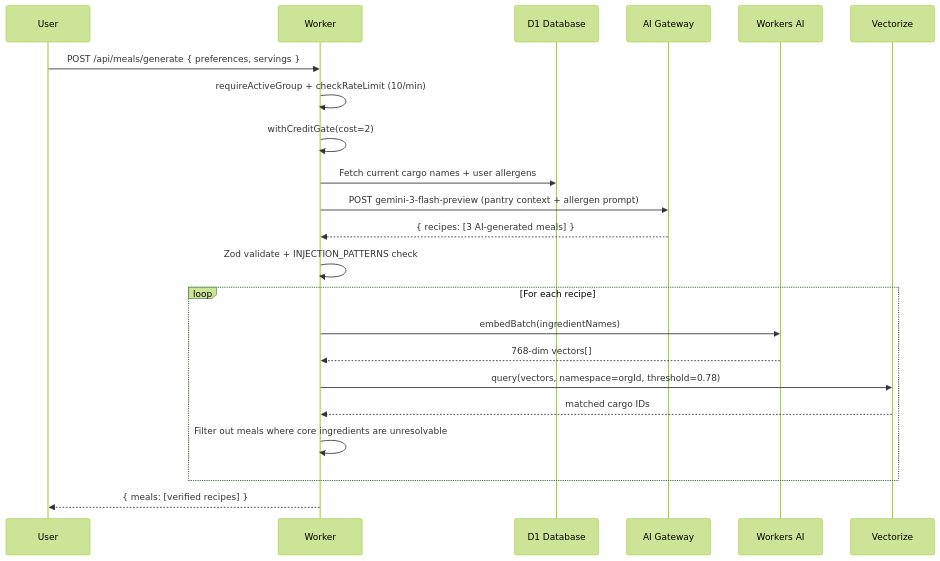
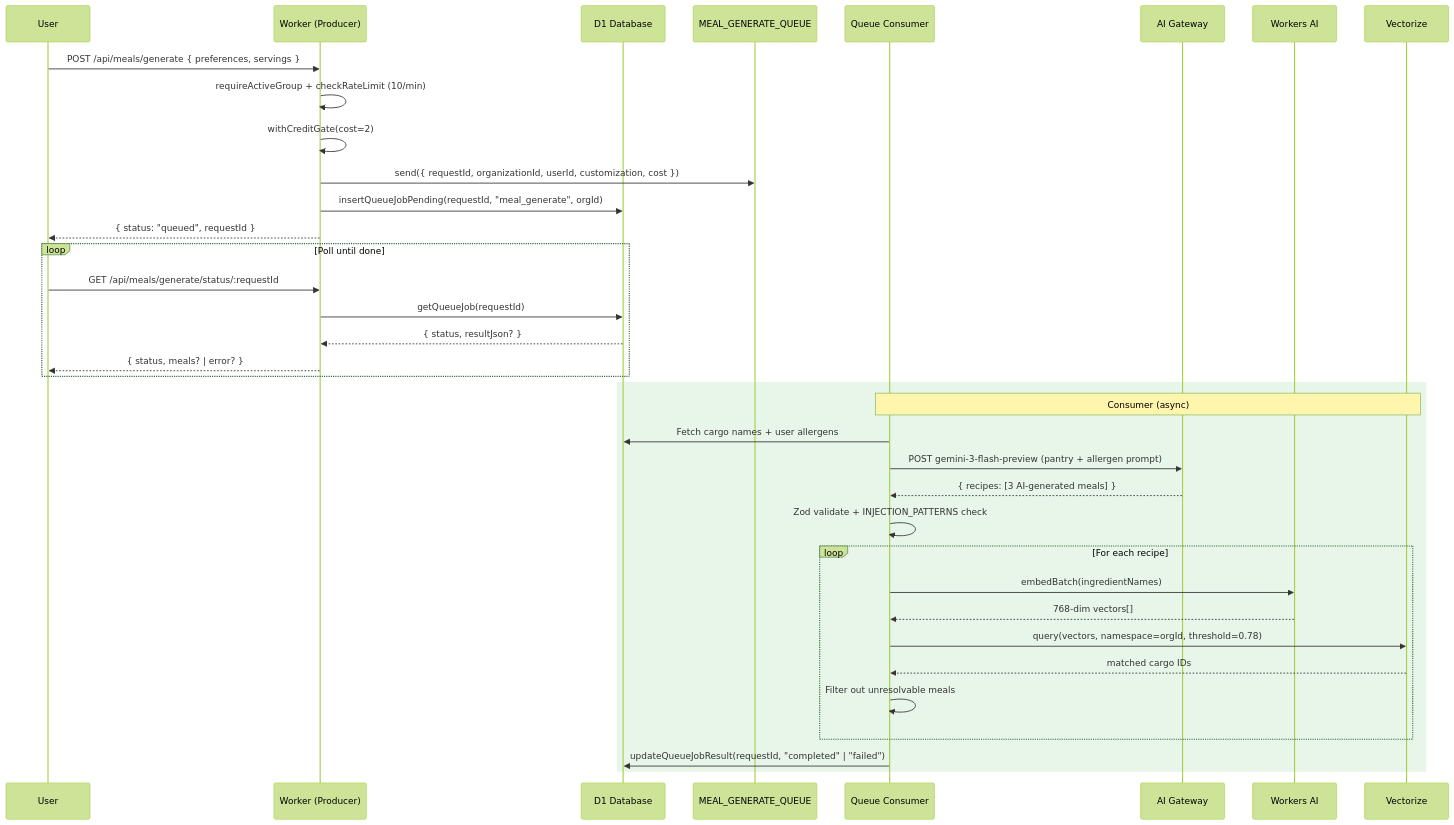
One commit to bjamesdowning/ration-mirror changed the sixth of 16 diagrams in README.md. Above: the diagram before and after it, drawn with Mermaid (forest theme). The commit also changed other lines of this file and 10 other files, not shown here.

````diff
--- a/README.md
+++ b/README.md
@@ -347,27 +351,41 @@
 ```mermaid
 sequenceDiagram
     participant User as User
-    participant Worker as Worker
+    participant Worker as Worker (Producer)
     participant D1 as D1 Database
+    participant Queue as MEAL_GENERATE_QUEUE
+    participant Consumer as Queue Consumer
     participant AIGateway as AI Gateway
     participant AI as Workers AI
     participant Vectorize as Vectorize
 
     User->>Worker: POST /api/meals/generate { preferences, servings }
     Worker->>Worker: requireActiveGroup + checkRateLimit (10/min)
     Worker->>Worker: withCreditGate(cost=2)
-    Worker->>D1: Fetch current cargo names + user allergens
-    Worker->>AIGateway: POST gemini-3-flash-preview (pantry context + allergen prompt)
-    AIGateway-->>Worker: { recipes: [3 AI-generated meals] }
-    Worker->>Worker: Zod validate + INJECTION_PATTERNS check
+    Worker->>Queue: send({ requestId, organizationId, userId, customization, cost })
+    Worker->>D1: insertQueueJobPending(requestId, "meal_generate", orgId)
+    Worker-->>User: { status: "queued", requestId }
 
-    loop For each recipe
-        Worker->>AI: embedBatch(ingredientNames)
-        AI-->>Worker: 768-dim vectors[]
-        Worker->>Vectorize: query(vectors, namespace=orgId, threshold=0.78)
-        Vectorize-->>Worker: matched cargo IDs
-        Worker->>Worker: Filter out meals where core ingredients are unresolvable
+    loop Poll until done
+        User->>Worker: GET /api/meals/generate/status/:requestId
+        Worker->>D1: getQueueJob(requestId)
+        D1-->>Worker: { status, resultJson? }
+        Worker-->>User: { status, meals? | error? }
     end
 
-    Worker-->>User: { meals: [verified recipes] }
+    rect rgb(232, 245, 233)
+        Note over Consumer,Vectorize: Consumer (async)
+        Consumer->>D1: Fetch cargo names + user allergens
+        Consumer->>AIGateway: POST gemini-3-flash-preview (pantry + allergen prompt)
+        AIGateway-->>Consumer: { recipes: [3 AI-generated meals] }
+        Consumer->>Consumer: Zod validate + INJECTION_PATTERNS check
+        loop For each recipe
+            Consumer->>AI: embedBatch(ingredientNames)
+            AI-->>Consumer: 768-dim vectors[]
+            Consumer->>Vectorize: query(vectors, namespace=orgId, threshold=0.78)
+            Vectorize-->>Consumer: matched cargo IDs
+            Consumer->>Consumer: Filter out unresolvable meals
+        end
+        Consumer->>D1: updateQueueJobResult(requestId, "completed" | "failed")
+    end
 ```
````
